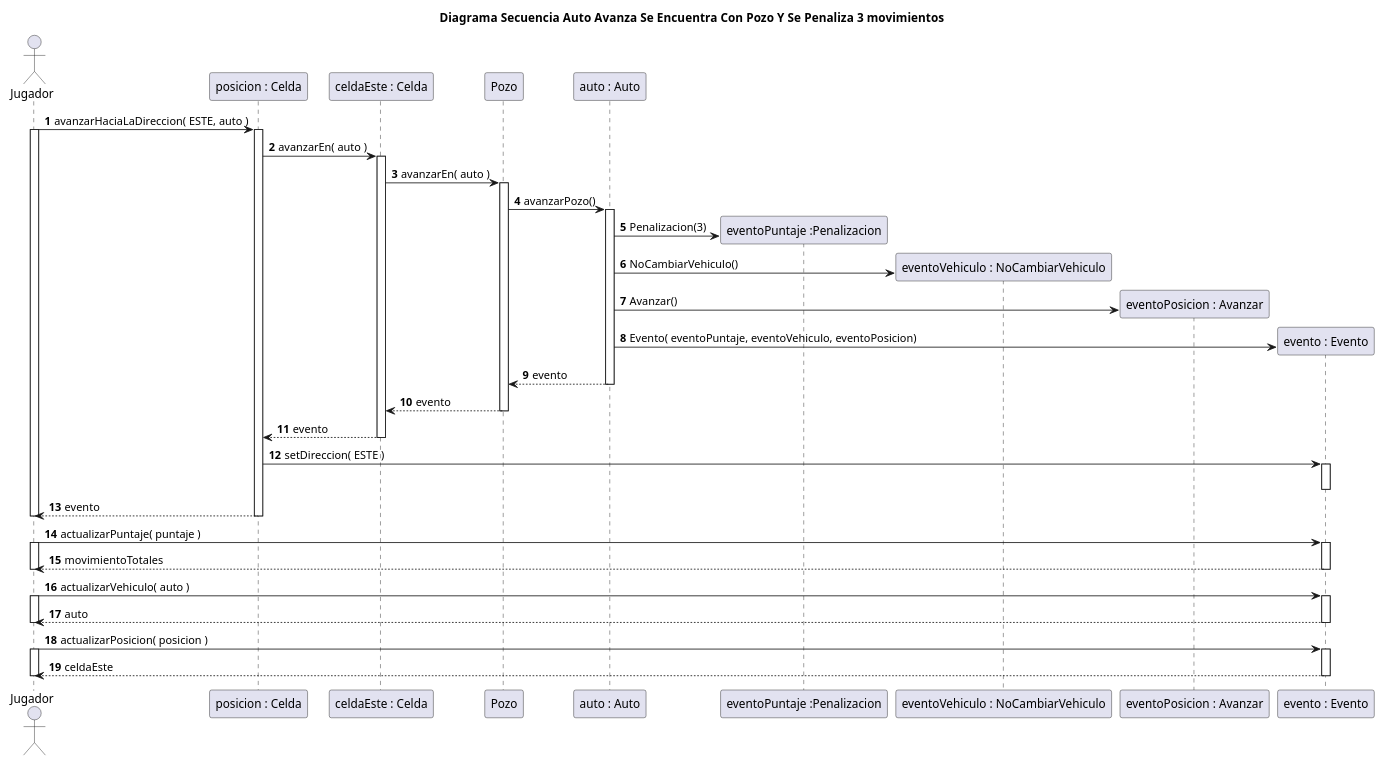
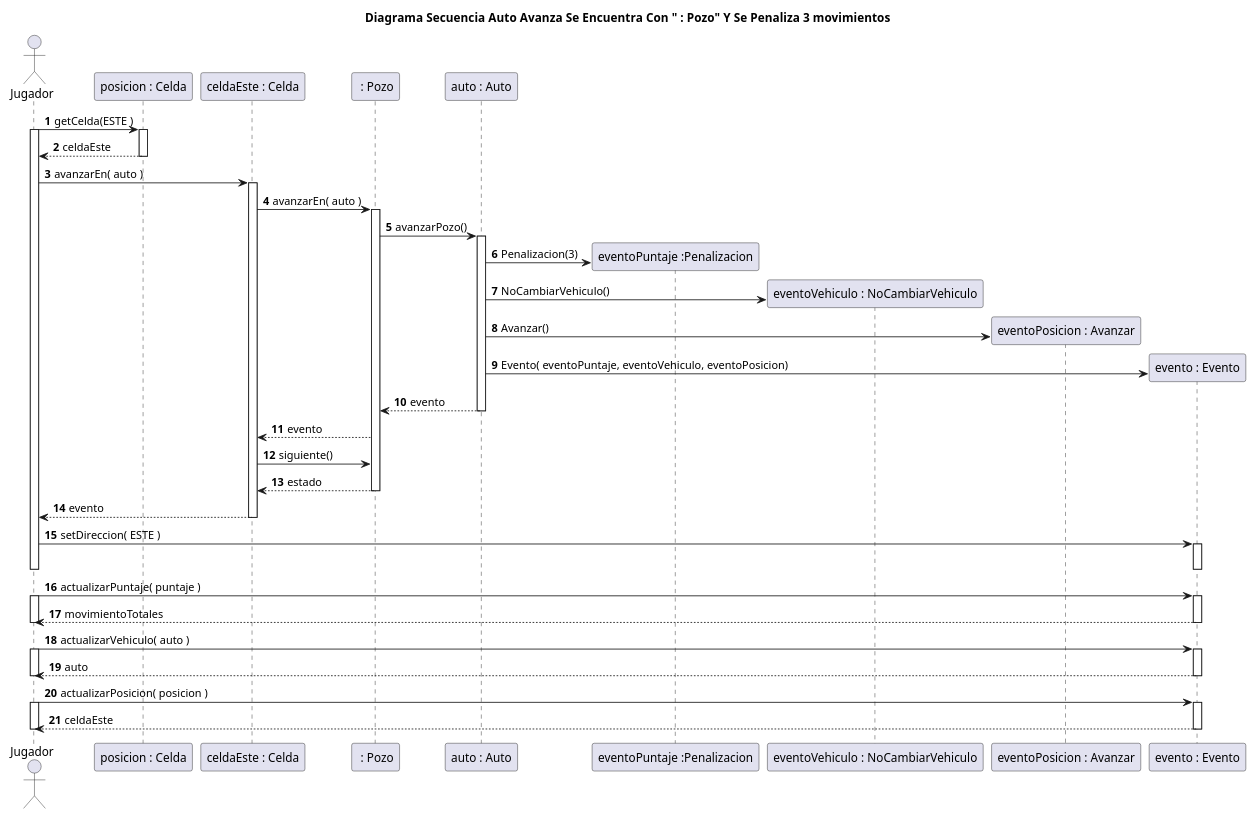
Before and after one commit to rodrigovzq/algo3_tp2: the diagram in diagrams/sequences/entrega1/actualizados/DiagramaSecuenciaCasoConPozoEnAuto.puml, drawn with PlantUML. The commit also changed 6 other files, not shown here.

Commit message:
Actualize diagramas primera entrega

```diff
--- a/diagrams/sequences/entrega1/actualizados/DiagramaSecuenciaCasoConPozoEnAuto.puml
+++ b/diagrams/sequences/entrega1/actualizados/DiagramaSecuenciaCasoConPozoEnAuto.puml
@@ -1,60 +1,62 @@
 @startuml
-title Diagrama Secuencia Auto Avanza Se Encuentra Con Pozo  Y Se Penaliza 3 movimientos
+title Diagrama Secuencia Auto Avanza Se Encuentra Con " : Pozo"  Y Se Penaliza 3 movimientos
 
 autonumber
 
 actor Jugador
 
-Jugador -> "posicion : Celda"++: avanzarHaciaLaDireccion( ESTE, auto )
-
+Jugador -> "posicion : Celda"++: getCelda(ESTE )
 activate Jugador
-"posicion : Celda" -> "celdaEste : Celda"++: avanzarEn( auto )
+"posicion : Celda" --> Jugador: celdaEste
+deactivate "posicion : Celda"
+ Jugador -> "celdaEste : Celda"++: avanzarEn( auto )
 
 
-"celdaEste : Celda" -> Pozo++: avanzarEn( auto )
-Pozo -> "auto : Auto"++: avanzarPozo()
+
+"celdaEste : Celda" -> " : Pozo"++: avanzarEn( auto )
+" : Pozo" -> "auto : Auto"++: avanzarPozo()
 
 create "eventoPuntaje :Penalizacion"
 "auto : Auto"-> "eventoPuntaje :Penalizacion": Penalizacion(3)
 
 create "eventoVehiculo : NoCambiarVehiculo"
 "auto : Auto"-> "eventoVehiculo : NoCambiarVehiculo": NoCambiarVehiculo()
 
 create "eventoPosicion : Avanzar"
 "auto : Auto"-> "eventoPosicion : Avanzar": Avanzar()
 
 create "evento : Evento"
 "auto : Auto"  -> "evento : Evento": Evento( eventoPuntaje, eventoVehiculo, eventoPosicion)
 
 
-"auto : Auto" --> Pozo: evento
+"auto : Auto" --> " : Pozo": evento
 deactivate "auto : Auto"
 
-Pozo --> "celdaEste : Celda": evento
-deactivate Pozo
+" : Pozo" --> "celdaEste : Celda": evento
+"celdaEste : Celda" -> " : Pozo": siguiente()
+" : Pozo" --> "celdaEste : Celda": estado
+deactivate " : Pozo"
 
-
-"celdaEste : Celda" --> "posicion : Celda": evento
+"celdaEste : Celda" --> Jugador: evento
 deactivate "celdaEste : Celda"
 
-"posicion : Celda" -> "evento : Evento"++: setDireccion( ESTE )
+Jugador -> "evento : Evento"++: setDireccion( ESTE )
 deactivate "evento : Evento"
-"posicion : Celda" --> Jugador--: evento
 deactivate Jugador
 
 Jugador -> "evento : Evento"++: actualizarPuntaje( puntaje )
 activate Jugador
 Jugador <-- "evento : Evento"--: movimientoTotales
 deactivate Jugador
 
 Jugador -> "evento : Evento"++: actualizarVehiculo( auto )
 activate Jugador
 Jugador <-- "evento : Evento"--: auto
 deactivate Jugador
 
 Jugador -> "evento : Evento"++: actualizarPosicion( posicion )
 activate Jugador
 Jugador <-- "evento : Evento"--: celdaEste
 deactivate Jugador
 
 @enduml
```
